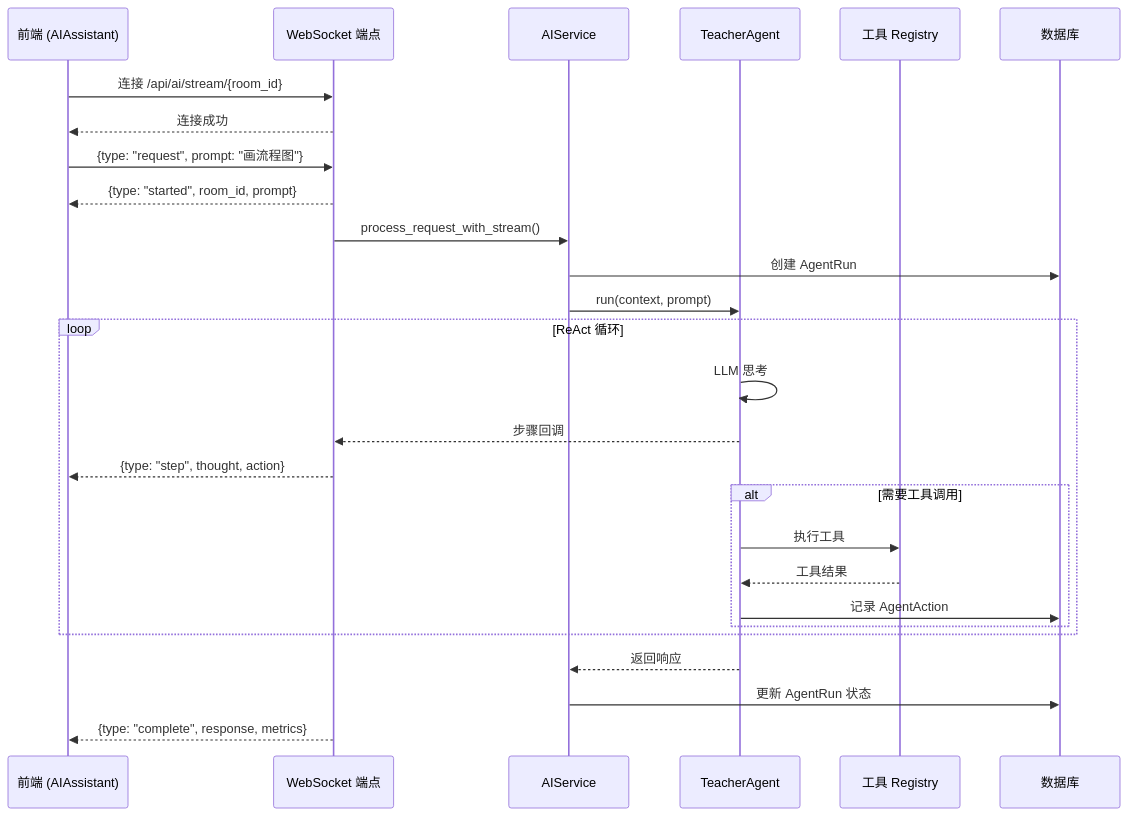
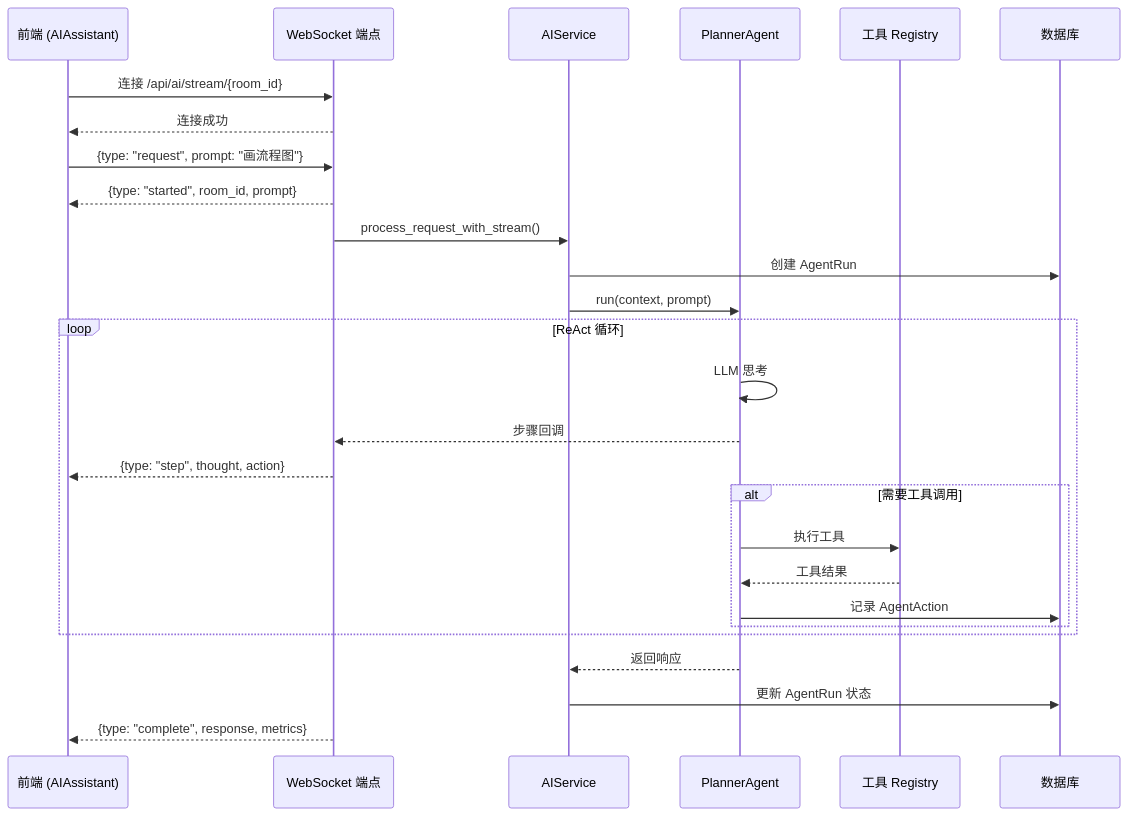
The second of 4 diagrams in docs/ai_agent.md (litroenade/SyncCanvas), drawn with Mermaid before and after one commit. The commit also changed other lines of this file and 1 other file, not shown here.

````diff
--- a/docs/ai_agent.md
+++ b/docs/ai_agent.md
@@ -78,35 +78,35 @@
 ```mermaid
 sequenceDiagram
     participant 前端 as 前端 (AIAssistant)
     participant WS as WebSocket 端点
     participant Service as AIService
-    participant Agent as TeacherAgent
+    participant Agent as PlannerAgent
     participant Tools as 工具 Registry
     participant DB as 数据库
 
     前端->>WS: 连接 /api/ai/stream/{room_id}
     WS-->>前端: 连接成功
 
     前端->>WS: {type: "request", prompt: "画流程图"}
     WS-->>前端: {type: "started", room_id, prompt}
 
     WS->>Service: process_request_with_stream()
     Service->>DB: 创建 AgentRun
     Service->>Agent: run(context, prompt)
 
     loop ReAct 循环
         Agent->>Agent: LLM 思考
         Agent-->>WS: 步骤回调
         WS-->>前端: {type: "step", thought, action}
 
         alt 需要工具调用
             Agent->>Tools: 执行工具
             Tools-->>Agent: 工具结果
             Agent->>DB: 记录 AgentAction
         end
     end
 
     Agent-->>Service: 返回响应
     Service->>DB: 更新 AgentRun 状态
     WS-->>前端: {type: "complete", response, metrics}
 ```
````
